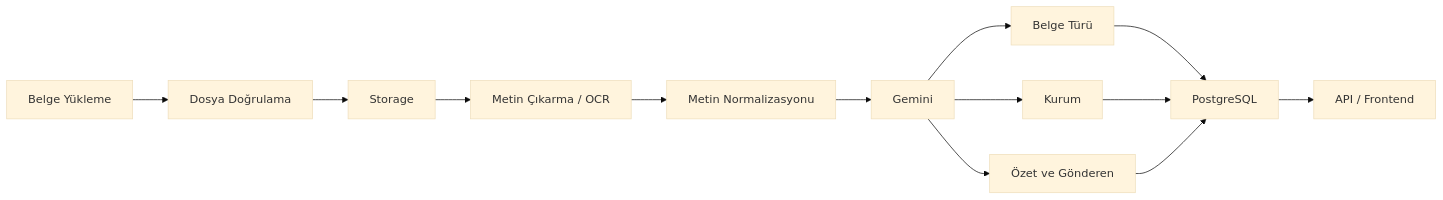
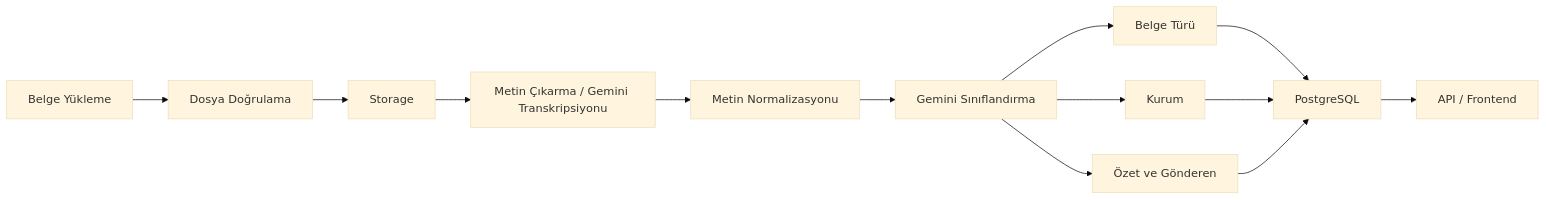
One commit to KeremGerede/dosya_sistemi changed the first of 2 diagrams in README.md. Above: the diagram before and after it, drawn with Mermaid (base theme). The commit also changed other lines of this file and 3 other files, not shown here.

First line of the commit message:
docs: record V1.3 Gemini transcription architecture

````diff
--- a/README.md
+++ b/README.md
@@ -175,15 +173,15 @@
 ```mermaid
 flowchart LR
     A[Belge Yükleme] --> B[Dosya Doğrulama]
     B --> C[Storage]
-    C --> D[Metin Çıkarma / OCR]
+    C --> D[Metin Çıkarma / Gemini Transkripsiyonu]
     D --> E[Metin Normalizasyonu]
-    E --> F[Gemini]
+    E --> F[Gemini Sınıflandırma]
     F --> G[Belge Türü]
     F --> H[Kurum]
     F --> I[Özet ve Gönderen]
     G --> J[PostgreSQL]
     H --> J
     I --> J
     J --> K[API / Frontend]
 ```
````
